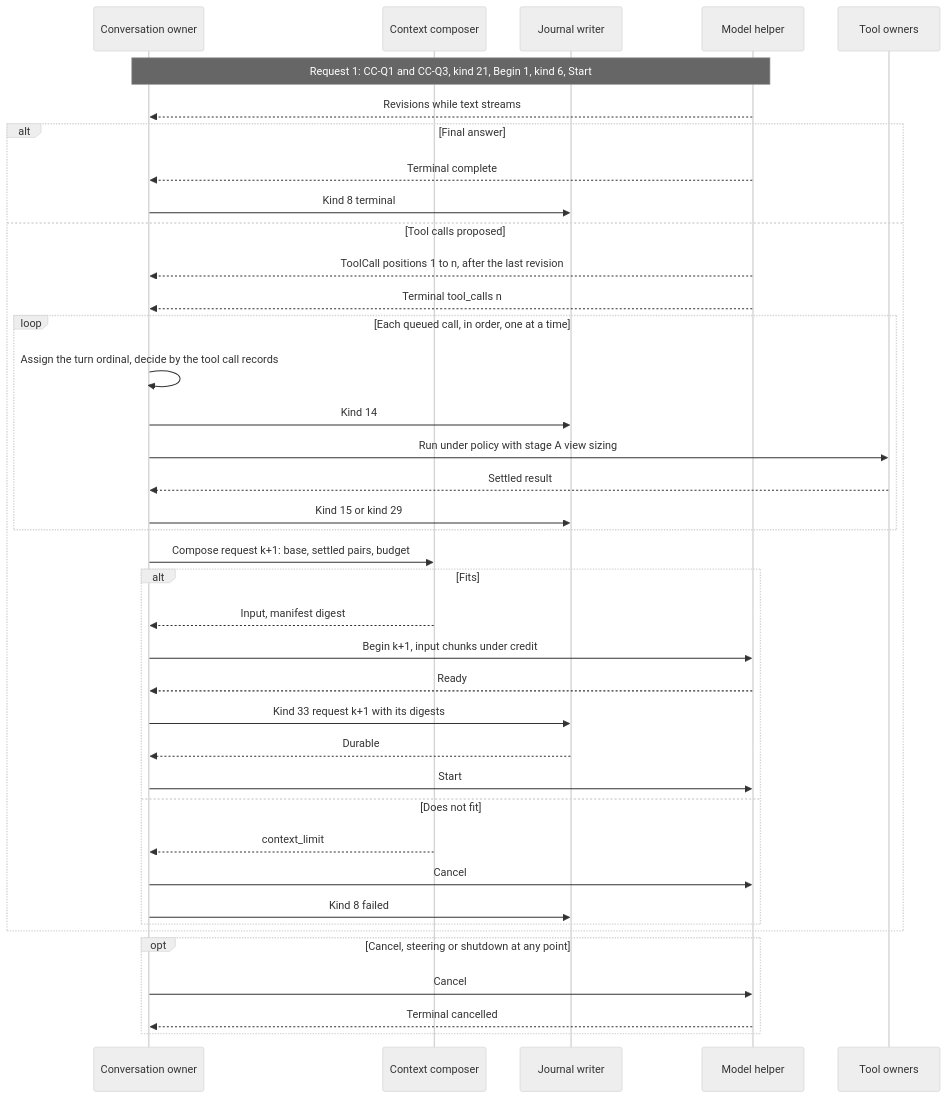
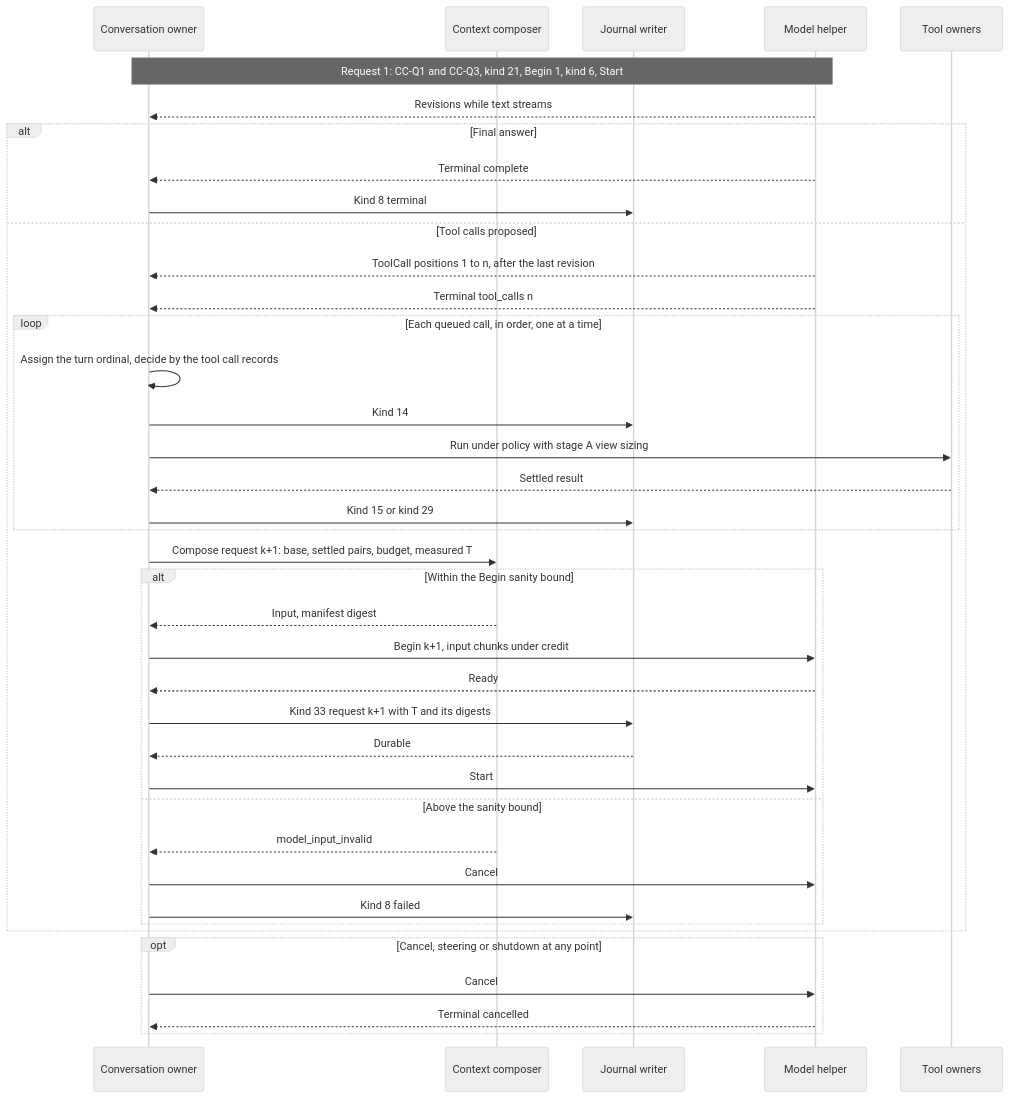
One commit to pidster/asura changed the ninth of 15 diagrams in docs/designs/context-composer.md. Above: the diagram before and after it, drawn with Mermaid (neutral theme). The commit also changed other lines of this file and 48 other files, not shown here.

````diff
--- a/docs/designs/context-composer.md
+++ b/docs/designs/context-composer.md
@@ -1501,41 +1502,41 @@
 ```mermaid
 sequenceDiagram
     participant O as Conversation owner
     participant K as Context composer
     participant W as Journal writer
     participant H as Model helper
     participant X as Tool owners
     Note over O,H: Request 1: CC-Q1 and CC-Q3, kind 21, Begin 1, kind 6, Start
     H-->>O: Revisions while text streams
     alt Final answer
         H-->>O: Terminal complete
         O->>W: Kind 8 terminal
     else Tool calls proposed
         H-->>O: ToolCall positions 1 to n, after the last revision
         H-->>O: Terminal tool_calls n
         loop Each queued call, in order, one at a time
             O->>O: Assign the turn ordinal, decide by the tool call records
             O->>W: Kind 14
             O->>X: Run under policy with stage A view sizing
             X-->>O: Settled result
             O->>W: Kind 15 or kind 29
         end
-        O->>K: Compose request k+1: base, settled pairs, budget
-        alt Fits
+        O->>K: Compose request k+1: base, settled pairs, budget, measured T
+        alt Within the Begin sanity bound
             K-->>O: Input, manifest digest
             O->>H: Begin k+1, input chunks under credit
             H-->>O: Ready
-            O->>W: Kind 33 request k+1 with its digests
+            O->>W: Kind 33 request k+1 with T and its digests
             W-->>O: Durable
             O->>H: Start
-        else Does not fit
-            K-->>O: context_limit
+        else Above the sanity bound
+            K-->>O: model_input_invalid
             O->>H: Cancel
             O->>W: Kind 8 failed
         end
     end
     opt Cancel, steering or shutdown at any point
         O->>H: Cancel
         H-->>O: Terminal cancelled
     end
 ```
````
